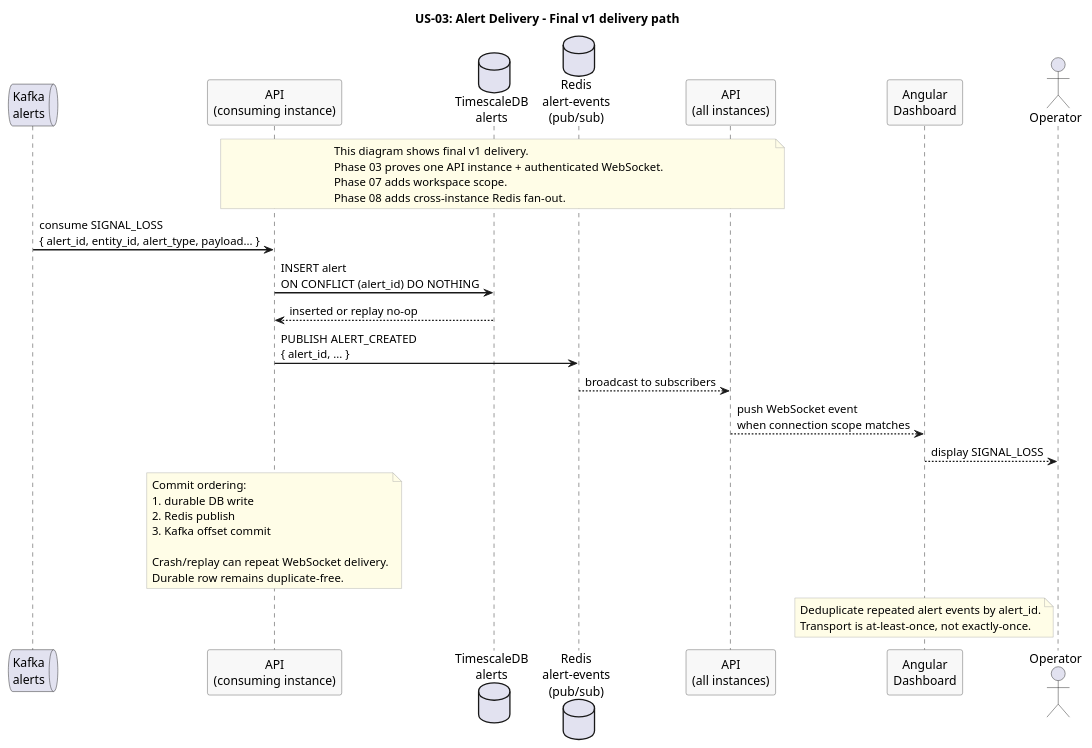
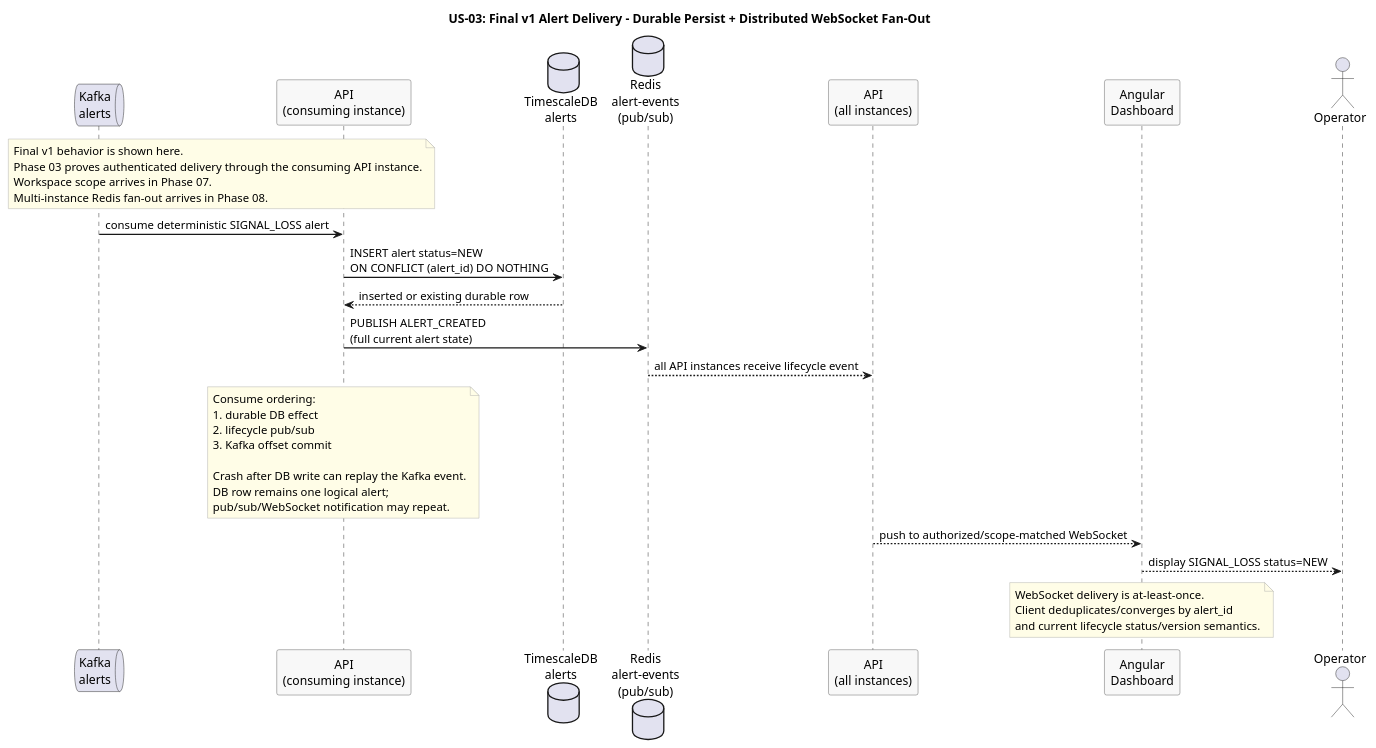
One commit to Buffden/sentinel changed the diagram in docs/use-cases/US-03-signal-loss-alert/alert-delivery.puml. Above: the diagram before and after it, drawn with PlantUML. The commit also changed 27 other files, not shown here.

Commit message:
docs: align pre-coding contracts and diagrams

```diff
--- a/docs/use-cases/US-03-signal-loss-alert/alert-delivery.puml
+++ b/docs/use-cases/US-03-signal-loss-alert/alert-delivery.puml
@@ -1,49 +1,52 @@
 @startuml alert-delivery
-title US-03: Alert Delivery - Final v1 delivery path
+title US-03: Final v1 Alert Delivery - Durable Persist + Distributed WebSocket Fan-Out
 
 skinparam sequenceArrowThickness 1.5
 skinparam participantBorderColor #555555
 skinparam participantBackgroundColor #F8F8F8
 skinparam noteBorderColor #AAAAAA
 skinparam noteBackgroundColor #FFFDE7
 
 queue "Kafka\nalerts" as Kafka
 participant "API\n(consuming instance)" as APIConsumer
 database "TimescaleDB\nalerts" as TSDB
 database "Redis\nalert-events\n(pub/sub)" as RedisPubSub
 participant "API\n(all instances)" as APIAll
 participant "Angular\nDashboard" as Dashboard
 actor Operator
 
-note over APIConsumer, APIAll
-  This diagram shows final v1 delivery.
-  Phase 03 proves one API instance + authenticated WebSocket.
-  Phase 07 adds workspace scope.
-  Phase 08 adds cross-instance Redis fan-out.
+note over Kafka, APIConsumer
+  Final v1 behavior is shown here.
+  Phase 03 proves authenticated delivery through the consuming API instance.
+  Workspace scope arrives in Phase 07.
+  Multi-instance Redis fan-out arrives in Phase 08.
 end note
 
-Kafka -> APIConsumer : consume SIGNAL_LOSS\n{ alert_id, entity_id, alert_type, payload... }
-APIConsumer -> TSDB : INSERT alert\nON CONFLICT (alert_id) DO NOTHING
-TSDB --> APIConsumer : inserted or replay no-op
+Kafka -> APIConsumer : consume deterministic SIGNAL_LOSS alert
+APIConsumer -> TSDB : INSERT alert status=NEW\nON CONFLICT (alert_id) DO NOTHING
+TSDB --> APIConsumer : inserted or existing durable row
 
-APIConsumer -> RedisPubSub : PUBLISH ALERT_CREATED\n{ alert_id, ... }
-RedisPubSub --> APIAll : broadcast to subscribers
-APIAll --> Dashboard : push WebSocket event\nwhen connection scope matches
-Dashboard --> Operator : display SIGNAL_LOSS
+APIConsumer -> RedisPubSub : PUBLISH ALERT_CREATED\n(full current alert state)
+RedisPubSub --> APIAll : all API instances receive lifecycle event
 
 note over APIConsumer
-  Commit ordering:
-  1. durable DB write
-  2. Redis publish
+  Consume ordering:
+  1. durable DB effect
+  2. lifecycle pub/sub
   3. Kafka offset commit
 
-  Crash/replay can repeat WebSocket delivery.
-  Durable row remains duplicate-free.
+  Crash after DB write can replay the Kafka event.
+  DB row remains one logical alert;
+  pub/sub/WebSocket notification may repeat.
 end note
 
+APIAll --> Dashboard : push to authorized/scope-matched WebSocket
+Dashboard --> Operator : display SIGNAL_LOSS status=NEW
+
 note over Dashboard
-  Deduplicate repeated alert events by alert_id.
-  Transport is at-least-once, not exactly-once.
+  WebSocket delivery is at-least-once.
+  Client deduplicates/converges by alert_id
+  and current lifecycle status/version semantics.
 end note
 
 @enduml
```
